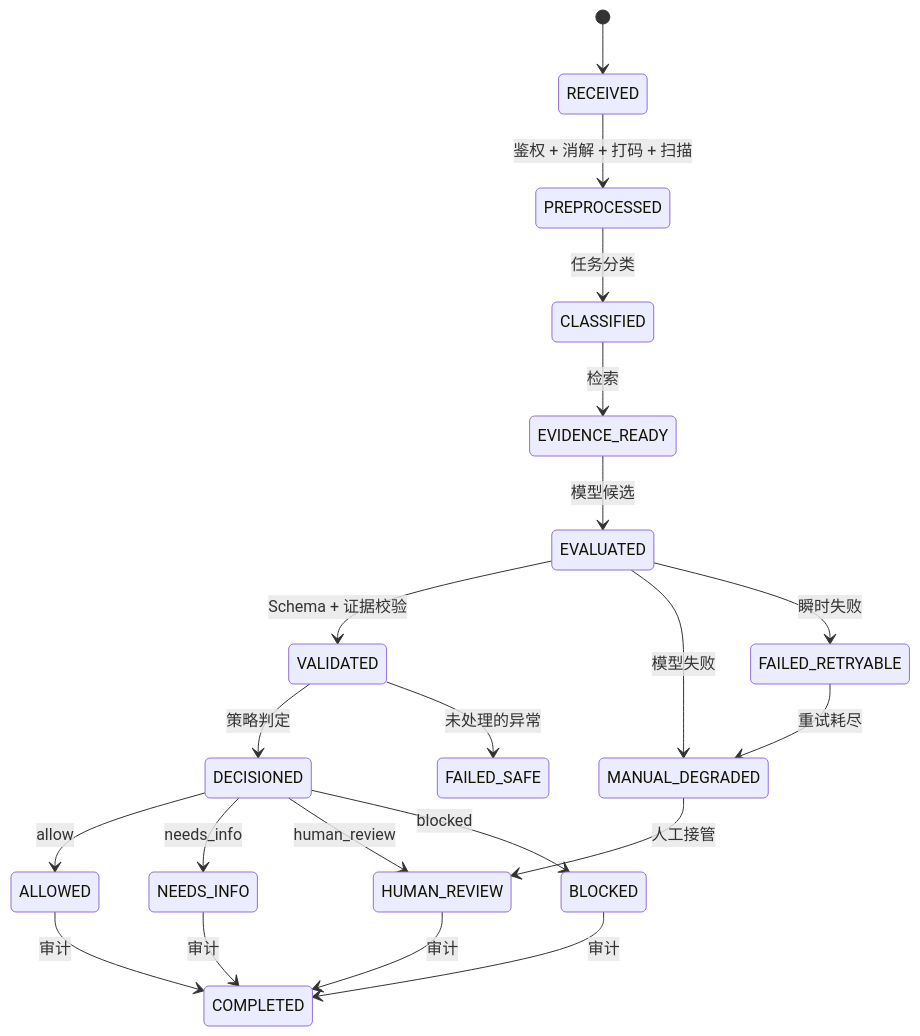
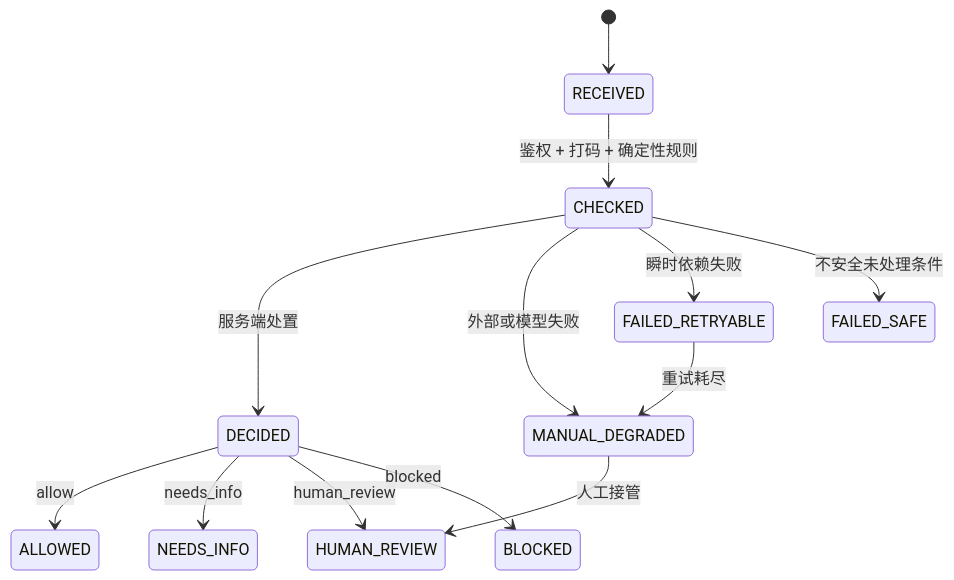
One commit to Minus77/Compliance-AI-Guard changed the fifth of 5 diagrams in docs/zh/architecture.md. Above: the diagram before and after it, drawn with Mermaid. The commit also changed other lines of this file and 13 other files, not shown here.

````diff
--- a/docs/zh/architecture.md
+++ b/docs/zh/architecture.md
@@ -87,23 +248,15 @@
 ```mermaid
 stateDiagram-v2
     [*] --> RECEIVED
-    RECEIVED --> PREPROCESSED: 鉴权 + 消解 + 打码 + 扫描
-    PREPROCESSED --> CLASSIFIED: 任务分类
-    CLASSIFIED --> EVIDENCE_READY: 检索
-    EVIDENCE_READY --> EVALUATED: 模型候选
-    EVALUATED --> VALIDATED: Schema + 证据校验
-    VALIDATED --> DECISIONED: 策略判定
-    DECISIONED --> ALLOWED: allow
-    DECISIONED --> NEEDS_INFO: needs_info
-    DECISIONED --> HUMAN_REVIEW: human_review
-    DECISIONED --> BLOCKED: blocked
-    EVALUATED --> MANUAL_DEGRADED: 模型失败
-    EVALUATED --> FAILED_RETRYABLE: 瞬时失败
+    RECEIVED --> CHECKED: 鉴权 + 打码 + 确定性规则
+    CHECKED --> DECIDED: 服务端处置
+    CHECKED --> MANUAL_DEGRADED: 外部或模型失败
+    CHECKED --> FAILED_RETRYABLE: 瞬时依赖失败
     FAILED_RETRYABLE --> MANUAL_DEGRADED: 重试耗尽
     MANUAL_DEGRADED --> HUMAN_REVIEW: 人工接管
-    VALIDATED --> FAILED_SAFE: 未处理的异常
-    ALLOWED --> COMPLETED: 审计
-    NEEDS_INFO --> COMPLETED: 审计
-    HUMAN_REVIEW --> COMPLETED: 审计
-    BLOCKED --> COMPLETED: 审计
+    CHECKED --> FAILED_SAFE: 不安全未处理条件
+    DECIDED --> ALLOWED: allow
+    DECIDED --> NEEDS_INFO: needs_info
+    DECIDED --> HUMAN_REVIEW: human_review
+    DECIDED --> BLOCKED: blocked
 ```
````
